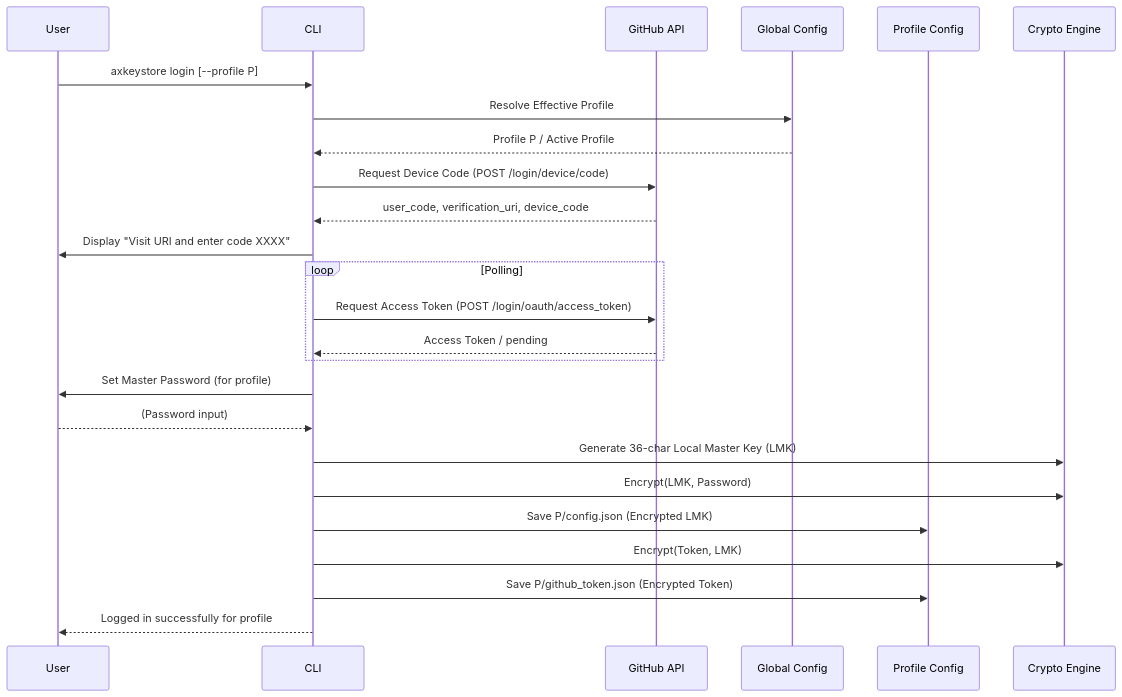
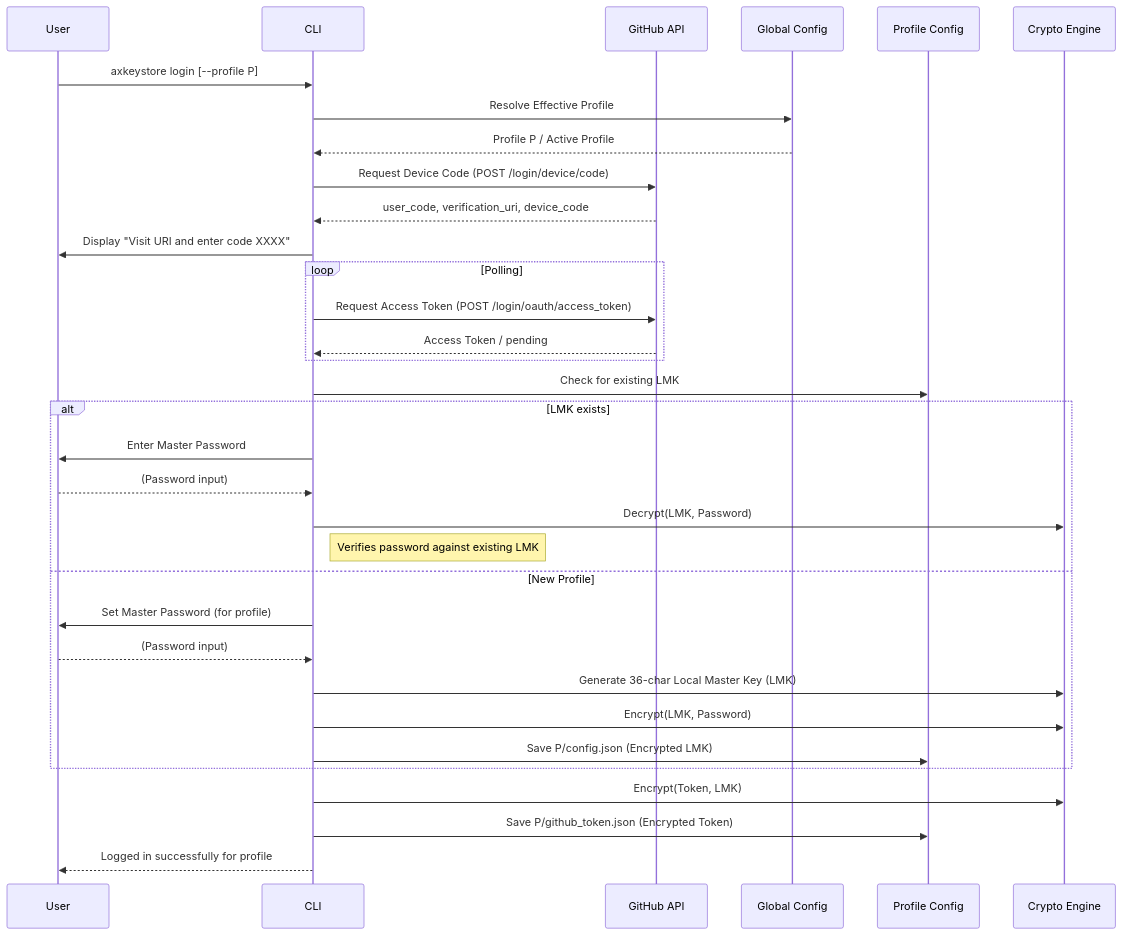
One commit to basilgregory/axkeystore changed the first of 7 diagrams in README.md. Above: the diagram before and after it, drawn with Mermaid. The commit also changed other lines of this file, not shown here.

Commit message:
updated README with changes in login and init commads and workflows

````diff
--- a/README.md
+++ b/README.md
@@ -302,28 +304,36 @@
 ```mermaid
 sequenceDiagram
     participant U as User
     participant C as CLI
     participant G as GitHub API
     participant GC as Global Config
     participant PC as Profile Config
     participant CR as Crypto Engine
 
     U->>C: axkeystore login [--profile P]
     C->>GC: Resolve Effective Profile
     GC-->>C: Profile P / Active Profile
     C->>G: Request Device Code (POST /login/device/code)
     G-->>C: user_code, verification_uri, device_code
     C->>U: Display "Visit URI and enter code XXXX"
     loop Polling
         C->>G: Request Access Token (POST /login/oauth/access_token)
         G-->>C: Access Token / pending
     end
-    C->>U: Set Master Password (for profile)
-    U-->>C: (Password input)
-    C->>CR: Generate 36-char Local Master Key (LMK)
-    C->>CR: Encrypt(LMK, Password)
-    C->>PC: Save P/config.json (Encrypted LMK)
+    C->>PC: Check for existing LMK
+    alt LMK exists
+        C->>U: Enter Master Password
+        U-->>C: (Password input)
+        C->>CR: Decrypt(LMK, Password)
+        note right of C: Verifies password against existing LMK
+    else New Profile
+        C->>U: Set Master Password (for profile)
+        U-->>C: (Password input)
+        C->>CR: Generate 36-char Local Master Key (LMK)
+        C->>CR: Encrypt(LMK, Password)
+        C->>PC: Save P/config.json (Encrypted LMK)
+    end
     C->>CR: Encrypt(Token, LMK)
     C->>PC: Save P/github_token.json (Encrypted Token)
     C-->>U: Logged in successfully for profile
 ```
````
